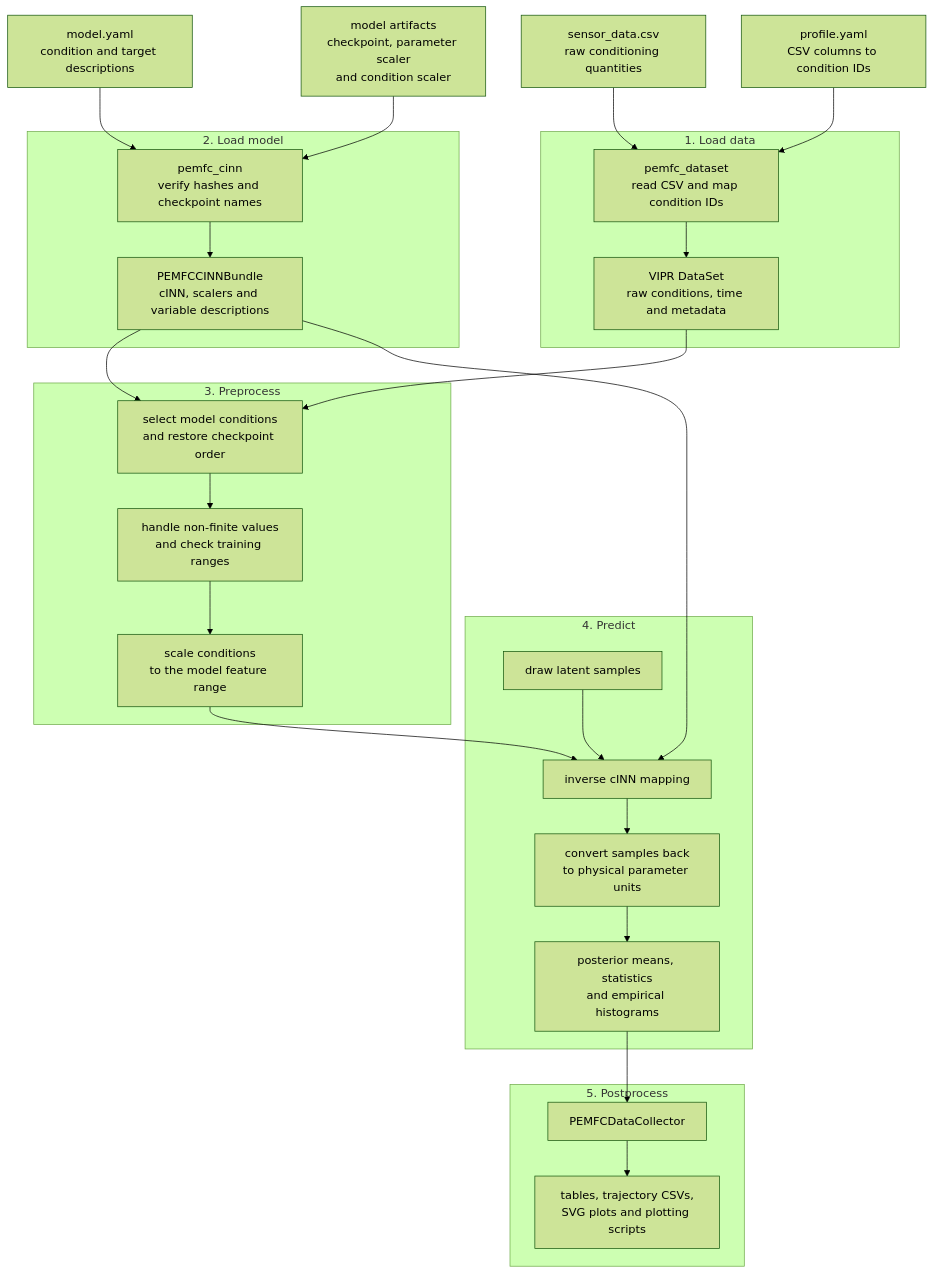
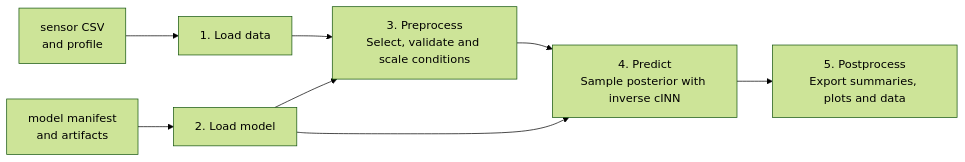
One commit to HW-IT-Solutions/vipr-fuel-cell-plugin changed the diagram in README.md. Above: the diagram before and after it, drawn with Mermaid (forest theme). The commit also changed other lines of this file and 15 other files, not shown here.

````diff
--- a/README.md
+++ b/README.md
@@ -51,50 +72,10 @@
 ```mermaid
-flowchart TD
-    SENSOR["sensor_data.csv<br/>raw conditioning quantities"]
-    PROFILE["profile.yaml<br/>CSV columns to condition IDs"]
-    MANIFEST["model.yaml<br/>condition and target descriptions"]
-    ARTIFACTS["model artifacts<br/>checkpoint, parameter scaler<br/>and condition scaler"]
-
-    subgraph LOAD_DATA["1. Load data"]
-        DATA_LOADER["pemfc_dataset<br/>read CSV and map condition IDs"]
-        RAW_DATA["VIPR DataSet<br/>raw conditions, time and metadata"]
-        DATA_LOADER --> RAW_DATA
-    end
-
-    subgraph LOAD_MODEL["2. Load model"]
-        MODEL_LOADER["pemfc_cinn<br/>verify hashes and checkpoint names"]
-        BUNDLE["PEMFCCINNBundle<br/>cINN, scalers and variable descriptions"]
-        MODEL_LOADER --> BUNDLE
-    end
-
-    subgraph PREPROCESS["3. Preprocess"]
-        SELECT["select model conditions<br/>and restore checkpoint order"]
-        VALIDATE["handle non-finite values<br/>and check training ranges"]
-        SCALE["scale conditions<br/>to the model feature range"]
-        SELECT --> VALIDATE --> SCALE
-    end
-
-    subgraph PREDICT["4. Predict"]
-        SAMPLE["draw latent samples"]
-        INVERT["inverse cINN mapping"]
-        UNSCALE["convert samples back<br/>to physical parameter units"]
-        SUMMARIZE["posterior means, statistics<br/>and empirical histograms"]
-        SAMPLE --> INVERT --> UNSCALE --> SUMMARIZE
-    end
-
-    subgraph POSTPROCESS["5. Postprocess"]
-        COLLECT["PEMFCDataCollector"]
-        EXPORT["tables, trajectory CSVs,<br/>SVG plots and plotting scripts"]
-        COLLECT --> EXPORT
-    end
-
-    SENSOR --> DATA_LOADER
-    PROFILE --> DATA_LOADER
-    MANIFEST --> MODEL_LOADER
-    ARTIFACTS --> MODEL_LOADER
-    RAW_DATA --> SELECT
-    BUNDLE --> SELECT
-    SCALE --> INVERT
-    BUNDLE --> INVERT
-    SUMMARIZE --> COLLECT
+flowchart LR
+    DATA["sensor CSV<br/>and profile"] --> LOAD_DATA["1. Load data"]
+    MODEL["model manifest<br/>and artifacts"] --> LOAD_MODEL["2. Load model"]
+    LOAD_DATA --> PREPROCESS["3. Preprocess<br/>Select, validate and scale conditions"]
+    LOAD_MODEL --> PREPROCESS
+    PREPROCESS --> PREDICT["4. Predict<br/>Sample posterior with inverse cINN"]
+    LOAD_MODEL --> PREDICT
+    PREDICT --> POSTPROCESS["5. Postprocess<br/>Export summaries, plots and data"]
 ```
````
